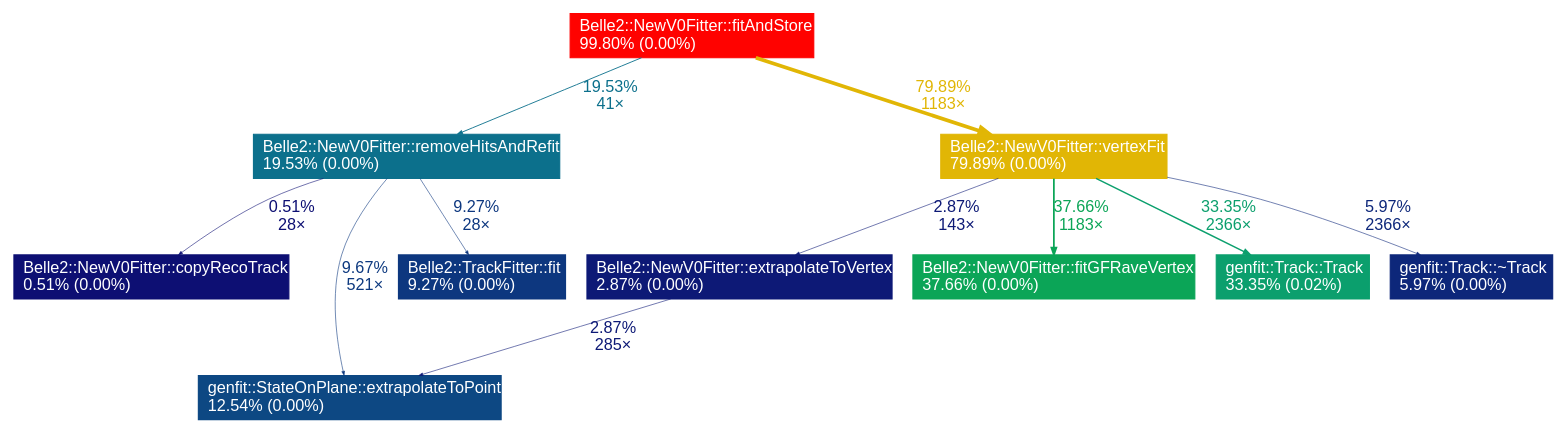
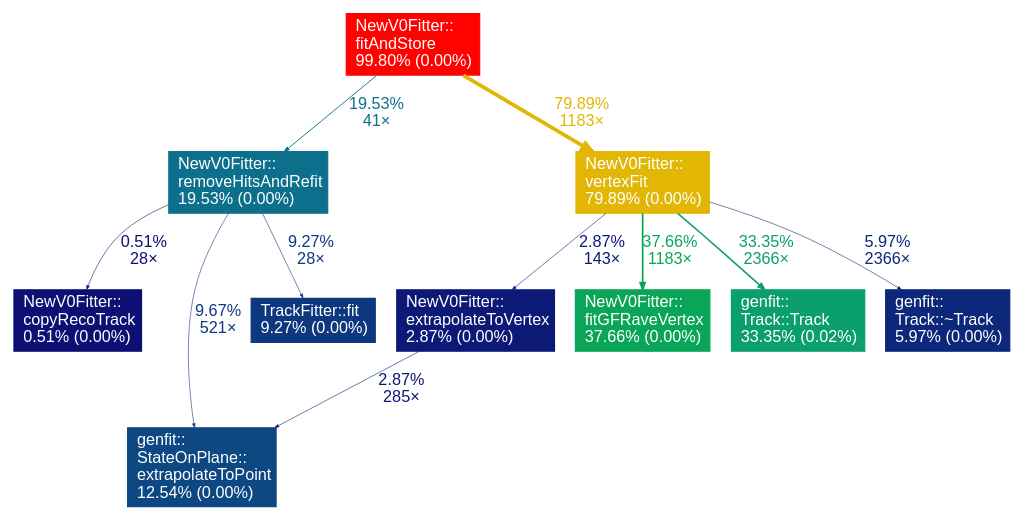
The diagram in profiling-newv0fitter/3ca6556/pruned-graph.dot (philipobi-bachelor/profiling), drawn with Graphviz before and after one commit. The commit also changed 19 other files, not shown here.

```diff
--- a/profiling-newv0fitter/3ca6556/pruned-graph.dot
+++ b/profiling-newv0fitter/3ca6556/pruned-graph.dot
@@ -1,90 +1,90 @@
 digraph {
 	graph [fontname=Arial];
 	node [fontcolor=white,
 		fontname=Arial,
 		label="\N",
 		shape=box,
 		style=filled
 	];
 	edge [fontname=Arial];
 	"Belle2::NewV0Fitter::copyRecoTrack(Belle2::RecoTrack const*, genfit::MeasuredStateOnPlane const&)"	[color="#0d0f73",
 		fontcolor="#ffffff",
-		label="Belle2::NewV0Fitter::copyRecoTrack\l0.51% (0.00%)\l"];
+		label="NewV0Fitter::\lcopyRecoTrack\l0.51% (0.00%)\l"];
 	"Belle2::NewV0Fitter::extrapolateToVertex(genfit::MeasuredStateOnPlane&, genfit::MeasuredStateOnPlane&, genfit::GFRaveVertex const&)"	[color="#0d1976",
 		fontcolor="#ffffff",
-		label="Belle2::NewV0Fitter::extrapolateToVertex\l2.87% (0.00%)\l"];
+		label="NewV0Fitter::\lextrapolateToVertex\l2.87% (0.00%)\l"];
 	"genfit::StateOnPlane::extrapolateToPoint(TVector3 const&, bool, bool)"	[color="#0d4883",
 		fontcolor="#ffffff",
-		label="genfit::StateOnPlane::extrapolateToPoint\l12.54% (0.00%)\l"];
+		label="genfit::\lStateOnPlane::\lextrapolateToPoint\l12.54% (0.00%)\l"];
 	"Belle2::NewV0Fitter::extrapolateToVertex(genfit::MeasuredStateOnPlane&, genfit::MeasuredStateOnPlane&, genfit::GFRaveVertex const&)" -> "genfit::StateOnPlane::extrapolateToPoint(TVector3 const&, bool, bool)"	[arrowsize=0.35,
 		color="#0d1976",
 		fontcolor="#0d1976",
 		label="2.87%\n285×",
 		penwidth=0.50];
 	"Belle2::NewV0Fitter::fitAndStore(Belle2::Track const*, Belle2::Track const*, Belle2::Const::ParticleType const&, bool&, bool&)"	[color="#ff0200",
 		fontcolor="#ffffff",
-		label="Belle2::NewV0Fitter::fitAndStore\l99.80% (0.00%)\l"];
+		label="NewV0Fitter::\lfitAndStore\l99.80% (0.00%)\l"];
 	"Belle2::NewV0Fitter::removeHitsAndRefit(Belle2::RecoTrack const*, Belle2::RecoTrack const*, Belle2::Const::ParticleType const&)"	[color="#0c708c",
 		fontcolor="#ffffff",
-		label="Belle2::NewV0Fitter::removeHitsAndRefit\l19.53% (0.00%)\l"];
+		label="NewV0Fitter::\lremoveHitsAndRefit\l19.53% (0.00%)\l"];
 	"Belle2::NewV0Fitter::fitAndStore(Belle2::Track const*, Belle2::Track const*, Belle2::Const::ParticleType const&, bool&, bool&)" -> "Belle2::NewV0Fitter::removeHitsAndRefit(Belle2::RecoTrack const*, Belle2::RecoTrack const*, Belle2::Const::ParticleType const&)"	[arrowsize=0.44,
 		color="#0c708c",
 		fontcolor="#0c708c",
 		label="19.53%\n41×",
 		penwidth=0.78];
 	"Belle2::NewV0Fitter::vertexFit(Belle2::RecoTrack const*, Belle2::RecoTrack const*, int, int, Belle2::Const::ParticleType const&)"	[color="#e1b605",
 		fontcolor="#ffffff",
-		label="Belle2::NewV0Fitter::vertexFit\l79.89% (0.00%)\l"];
+		label="NewV0Fitter::\lvertexFit\l79.89% (0.00%)\l"];
 	"Belle2::NewV0Fitter::fitAndStore(Belle2::Track const*, Belle2::Track const*, Belle2::Const::ParticleType const&, bool&, bool&)" -> "Belle2::NewV0Fitter::vertexFit(Belle2::RecoTrack const*, Belle2::RecoTrack const*, int, int, Belle2::Const::ParticleType const&)"	[arrowsize=0.89,
 		color="#e1b605",
 		fontcolor="#e1b605",
 		label="79.89%\n1183×",
 		penwidth=3.20];
 	"Belle2::NewV0Fitter::removeHitsAndRefit(Belle2::RecoTrack const*, Belle2::RecoTrack const*, Belle2::Const::ParticleType const&)" -> "Belle2::NewV0Fitter::copyRecoTrack(Belle2::RecoTrack const*, genfit::MeasuredStateOnPlane const&)"	[arrowsize=0.35,
 		color="#0d0f73",
 		fontcolor="#0d0f73",
 		label="0.51%\n28×",
 		penwidth=0.50];
 	"Belle2::NewV0Fitter::removeHitsAndRefit(Belle2::RecoTrack const*, Belle2::RecoTrack const*, Belle2::Const::ParticleType const&)" -> "genfit::StateOnPlane::extrapolateToPoint(TVector3 const&, bool, bool)"	[arrowsize=0.35,
 		color="#0d397f",
 		fontcolor="#0d397f",
 		label="9.67%\n521×",
 		penwidth=0.50];
 	"Belle2::TrackFitter::fit(Belle2::RecoTrack&, Belle2::Const::ChargedStable const&, bool) const"	[color="#0d377f",
 		fontcolor="#ffffff",
-		label="Belle2::TrackFitter::fit\l9.27% (0.00%)\l"];
+		label="TrackFitter::fit\l9.27% (0.00%)\l"];
 	"Belle2::NewV0Fitter::removeHitsAndRefit(Belle2::RecoTrack const*, Belle2::RecoTrack const*, Belle2::Const::ParticleType const&)" -> "Belle2::TrackFitter::fit(Belle2::RecoTrack&, Belle2::Const::ChargedStable const&, bool) const"	[arrowsize=0.35,
 		color="#0d377f",
 		fontcolor="#0d377f",
 		label="9.27%\n28×",
 		penwidth=0.50];
 	"Belle2::NewV0Fitter::vertexFit(Belle2::RecoTrack const*, Belle2::RecoTrack const*, int, int, Belle2::Const::ParticleType const&)" -> "Belle2::NewV0Fitter::extrapolateToVertex(genfit::MeasuredStateOnPlane&, genfit::MeasuredStateOnPlane&, genfit::GFRaveVertex const&)"	[arrowsize=0.35,
 		color="#0d1976",
 		fontcolor="#0d1976",
 		label="2.87%\n143×",
 		penwidth=0.50];
 	"Belle2::NewV0Fitter::fitGFRaveVertex(genfit::Track&, genfit::Track&, genfit::GFRaveVertex&)"	[color="#0ba557",
 		fontcolor="#ffffff",
-		label="Belle2::NewV0Fitter::fitGFRaveVertex\l37.66% (0.00%)\l"];
+		label="NewV0Fitter::\lfitGFRaveVertex\l37.66% (0.00%)\l"];
 	"Belle2::NewV0Fitter::vertexFit(Belle2::RecoTrack const*, Belle2::RecoTrack const*, int, int, Belle2::Const::ParticleType const&)" -> "Belle2::NewV0Fitter::fitGFRaveVertex(genfit::Track&, genfit::Track&, genfit::GFRaveVertex&)"	[arrowsize=0.61,
 		color="#0ba557",
 		fontcolor="#0ba557",
 		label="37.66%\n1183×",
 		penwidth=1.51];
 	"genfit::Track::Track(genfit::Track const&)"	[color="#0b9f6d",
 		fontcolor="#ffffff",
-		label="genfit::Track::Track\l33.35% (0.02%)\l"];
+		label="genfit::\lTrack::Track\l33.35% (0.02%)\l"];
 	"Belle2::NewV0Fitter::vertexFit(Belle2::RecoTrack const*, Belle2::RecoTrack const*, int, int, Belle2::Const::ParticleType const&)" -> "genfit::Track::Track(genfit::Track const&)"	[arrowsize=0.58,
 		color="#0b9f6d",
 		fontcolor="#0b9f6d",
 		label="33.35%\n2366×",
 		penwidth=1.33];
 	"genfit::Track::~Track()"	[color="#0d277a",
 		fontcolor="#ffffff",
-		label="genfit::Track::~Track\l5.97% (0.00%)\l"];
+		label="genfit::\lTrack::~Track\l5.97% (0.00%)\l"];
 	"Belle2::NewV0Fitter::vertexFit(Belle2::RecoTrack const*, Belle2::RecoTrack const*, int, int, Belle2::Const::ParticleType const&)" -> "genfit::Track::~Track()"	[arrowsize=0.35,
 		color="#0d277a",
 		fontcolor="#0d277a",
 		label="5.97%\n2366×",
 		penwidth=0.50];
 }
```
